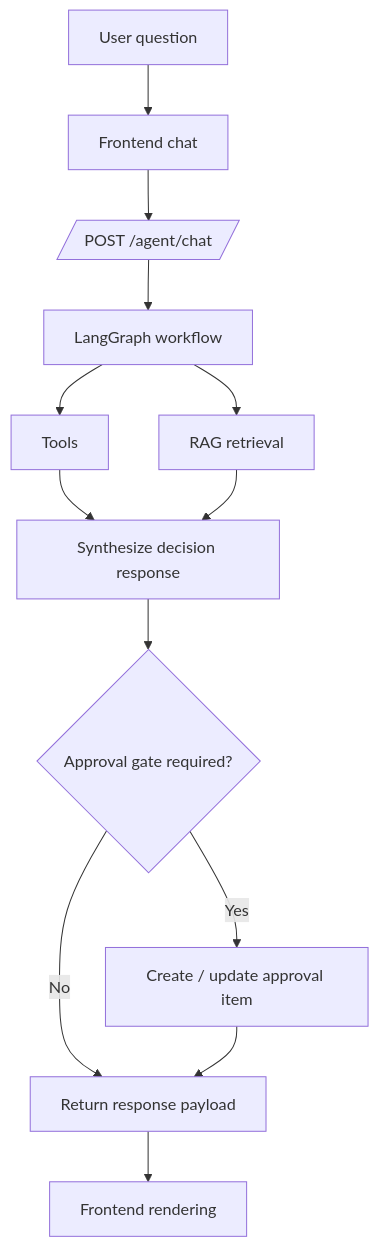
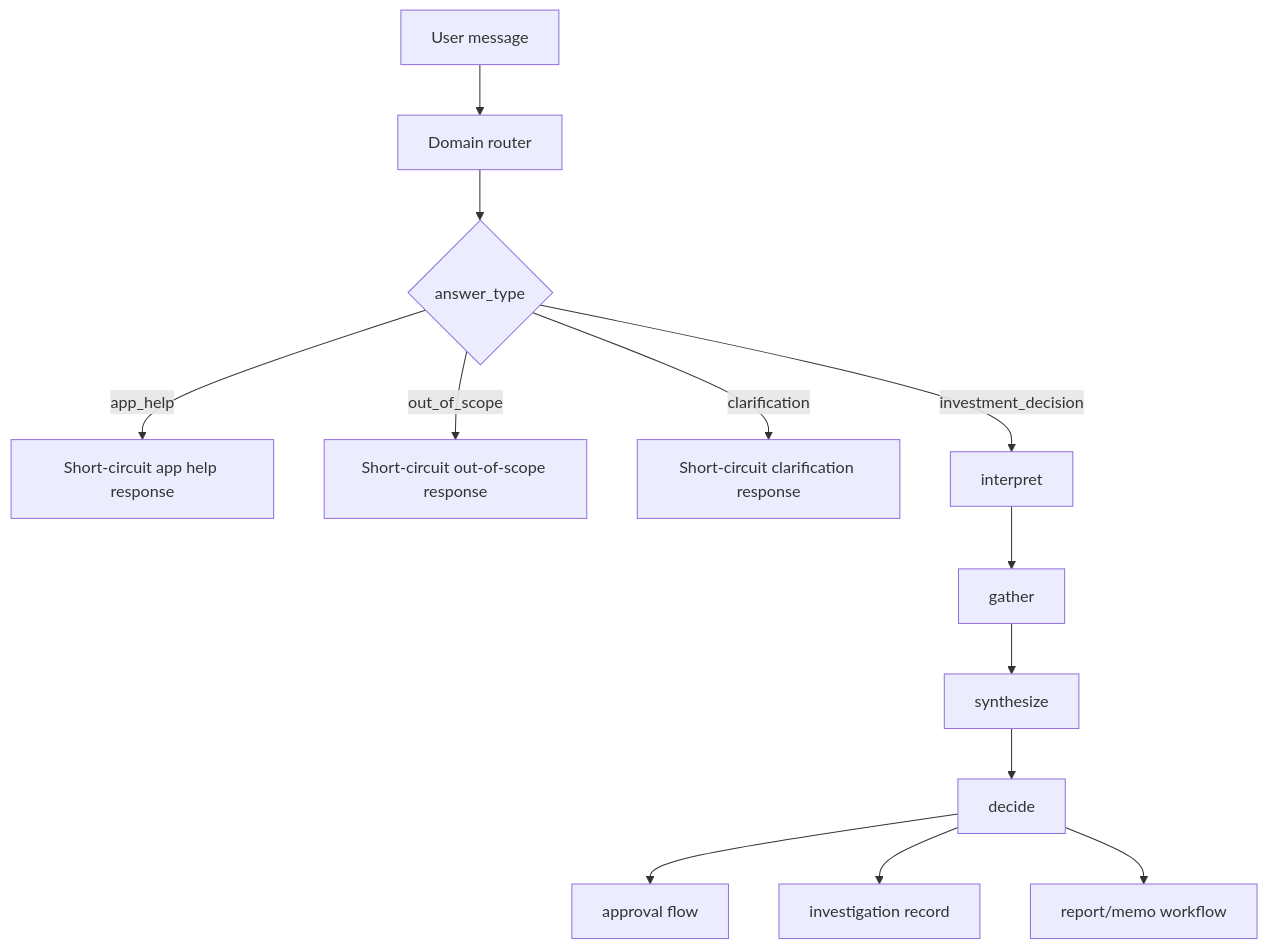
One commit to Fejjii/AlphaLens-AI changed the second of 7 diagrams in docs/architecture.md. Above: the diagram before and after it, drawn with Mermaid. The commit also changed other lines of this file and 18 other files, not shown here.

````diff
--- a/docs/architecture.md
+++ b/docs/architecture.md
@@ -45,15 +28,15 @@
 ```mermaid
 flowchart TD
-    Q[User question] --> FC[Frontend chat]
-    FC --> API[/POST /agent/chat/]
-    API --> LG[LangGraph workflow]
-    LG --> TL[Tools]
-    LG --> RAG[RAG retrieval]
-    TL --> SYN[Synthesize decision response]
-    RAG --> SYN
-    SYN --> GATE{Approval gate required?}
-    GATE -->|Yes| AQ[Create / update approval item]
-    GATE -->|No| RESP[Return response payload]
-    AQ --> RESP
-    RESP --> RENDER[Frontend rendering]
+    U[User message] --> R[Domain router]
+    R --> AT{answer_type}
+    AT -->|app_help| SC1[Short-circuit app help response]
+    AT -->|out_of_scope| SC2[Short-circuit out-of-scope response]
+    AT -->|clarification| SC3[Short-circuit clarification response]
+    AT -->|investment_decision| I[interpret]
+    I --> G[gather]
+    G --> SY[synthesize]
+    SY --> D[decide]
+    D --> AP[approval flow]
+    D --> IV[investigation record]
+    D --> RP[report/memo workflow]
 ```
````
